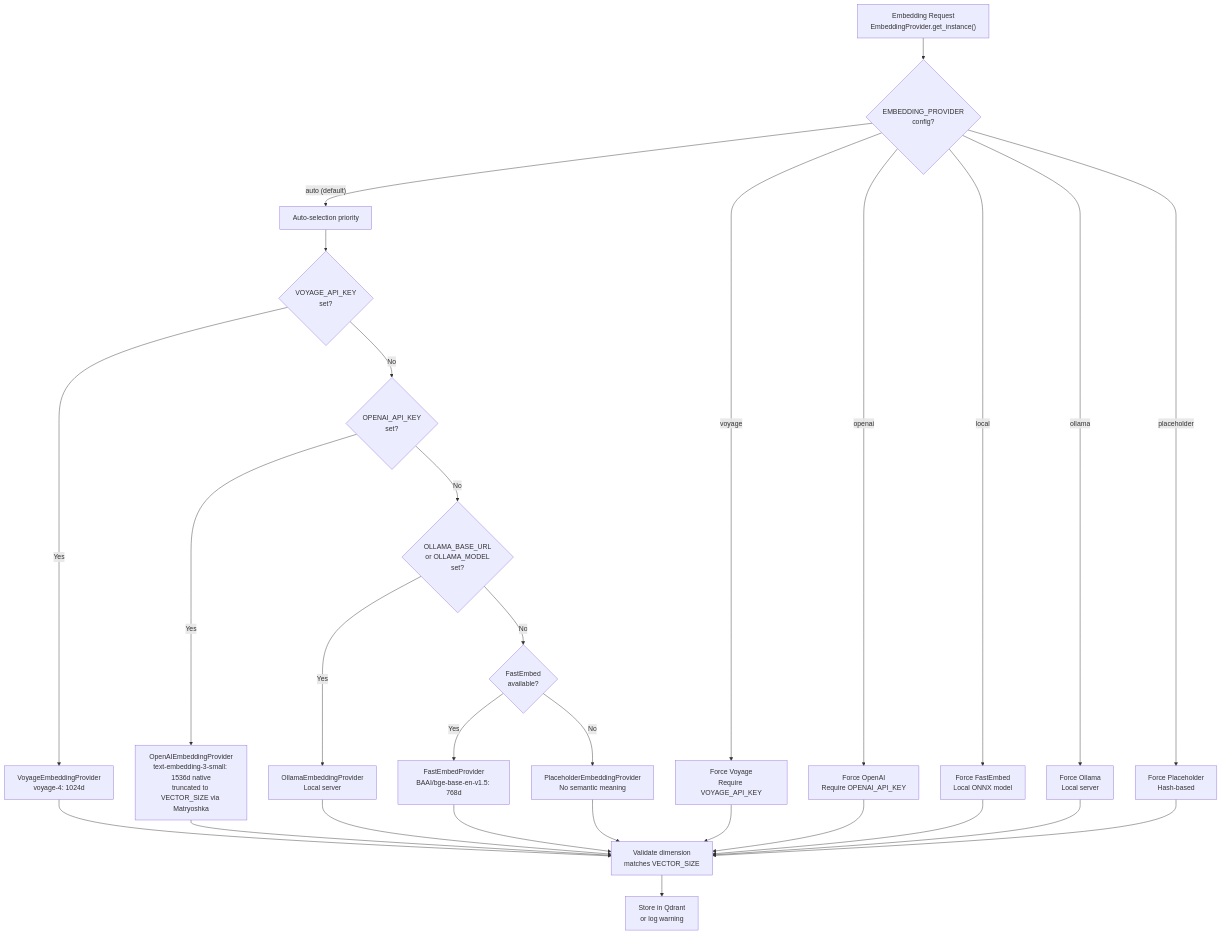
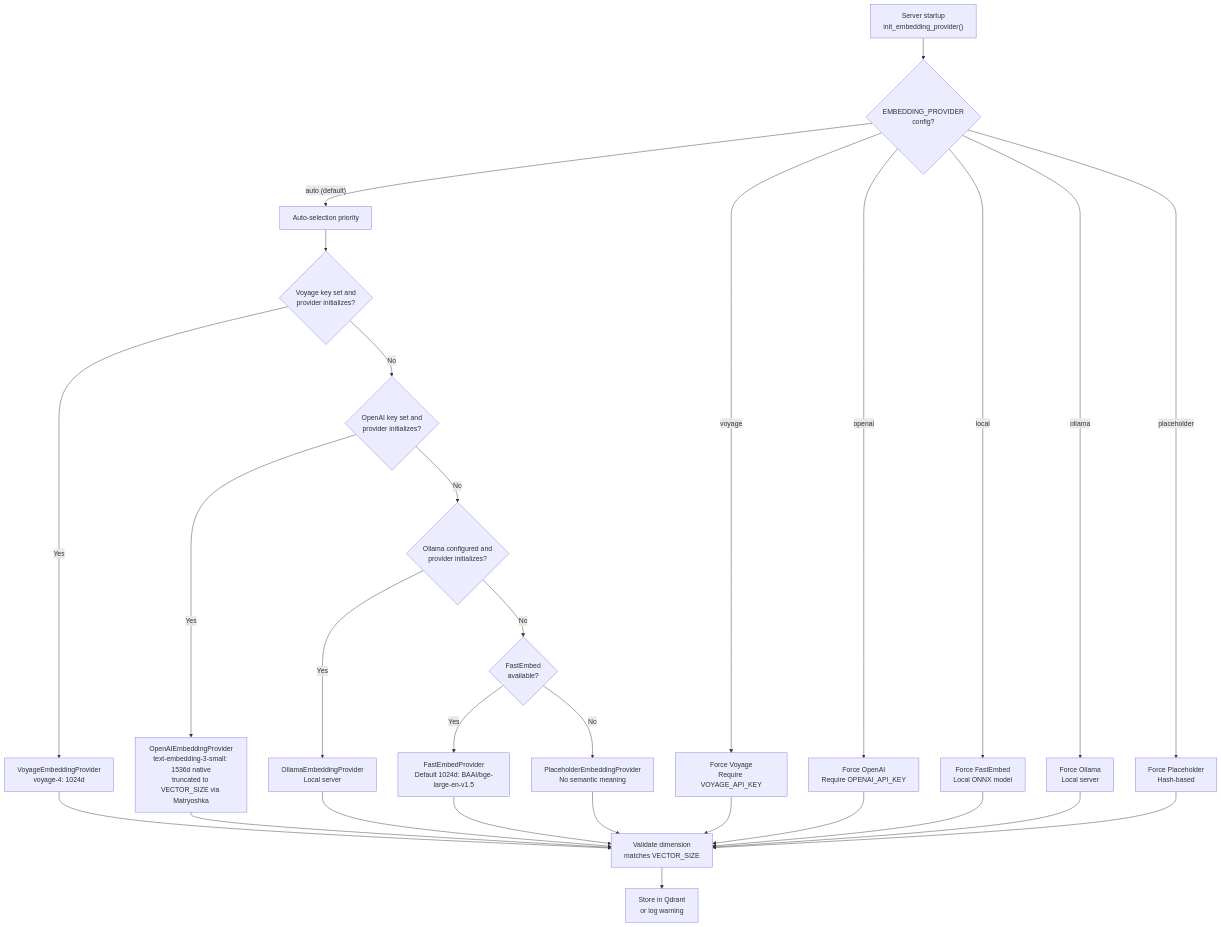
One commit to verygoodplugins/automem-website changed the first of 2 diagrams in src/content/docs/docs/architecture/embeddings.md. Above: the diagram before and after it, drawn with Mermaid. The commit also changed other lines of this file and 7 other files, not shown here.

````diff
--- a/src/content/docs/docs/architecture/embeddings.md
+++ b/src/content/docs/docs/architecture/embeddings.md
@@ -50,40 +50,40 @@
 ```mermaid
 flowchart TD
-    Request["Embedding Request<br/>EmbeddingProvider.get_instance()"]
+    Startup["Server startup<br/>init_embedding_provider()"]
 
-    Request --> CheckConfig{"EMBEDDING_PROVIDER<br/>config?"}
+    Startup --> CheckConfig{"EMBEDDING_PROVIDER<br/>config?"}
 
     CheckConfig -->|"auto (default)"| Priority["Auto-selection priority"]
     CheckConfig -->|"voyage"| ForceVoyage["Force Voyage<br/>Require VOYAGE_API_KEY"]
     CheckConfig -->|"openai"| ForceOpenAI["Force OpenAI<br/>Require OPENAI_API_KEY"]
     CheckConfig -->|"local"| ForceLocal["Force FastEmbed<br/>Local ONNX model"]
     CheckConfig -->|"ollama"| ForceOllama["Force Ollama<br/>Local server"]
     CheckConfig -->|"placeholder"| ForcePlaceholder["Force Placeholder<br/>Hash-based"]
 
-    Priority --> Try1{"VOYAGE_API_KEY<br/>set?"}
+    Priority --> Try1{"Voyage key set and<br/>provider initializes?"}
     Try1 -->|Yes| Voyage["VoyageEmbeddingProvider<br/>voyage-4: 1024d"]
-    Try1 -->|No| Try2{"OPENAI_API_KEY<br/>set?"}
+    Try1 -->|No| Try2{"OpenAI key set and<br/>provider initializes?"}
 
     Try2 -->|Yes| OpenAI["OpenAIEmbeddingProvider<br/>text-embedding-3-small: 1536d native<br/>truncated to VECTOR_SIZE via Matryoshka"]
-    Try2 -->|No| Try3{"OLLAMA_BASE_URL<br/>or OLLAMA_MODEL<br/>set?"}
+    Try2 -->|No| Try3{"Ollama configured and<br/>provider initializes?"}
 
     Try3 -->|Yes| Ollama["OllamaEmbeddingProvider<br/>Local server"]
     Try3 -->|No| Try4{"FastEmbed<br/>available?"}
 
-    Try4 -->|Yes| FastEmbed["FastEmbedProvider<br/>BAAI/bge-base-en-v1.5: 768d"]
+    Try4 -->|Yes| FastEmbed["FastEmbedProvider<br/>Default 1024d: BAAI/bge-large-en-v1.5"]
     Try4 -->|No| Placeholder["PlaceholderEmbeddingProvider<br/>No semantic meaning"]
 
     Voyage --> Validate["Validate dimension<br/>matches VECTOR_SIZE"]
     OpenAI --> Validate
     Ollama --> Validate
     FastEmbed --> Validate
     Placeholder --> Validate
 
     ForceVoyage --> Validate
     ForceOpenAI --> Validate
     ForceLocal --> Validate
     ForceOllama --> Validate
     ForcePlaceholder --> Validate
 
     Validate --> Store["Store in Qdrant<br/>or log warning"]
 ```
````
